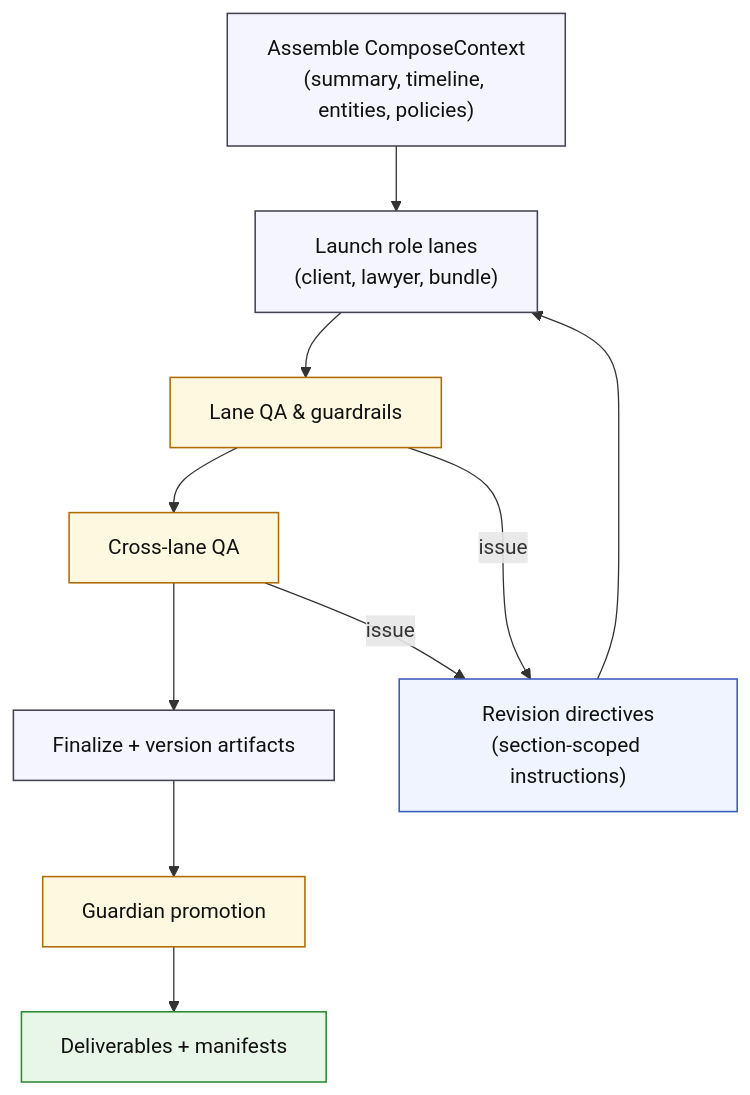
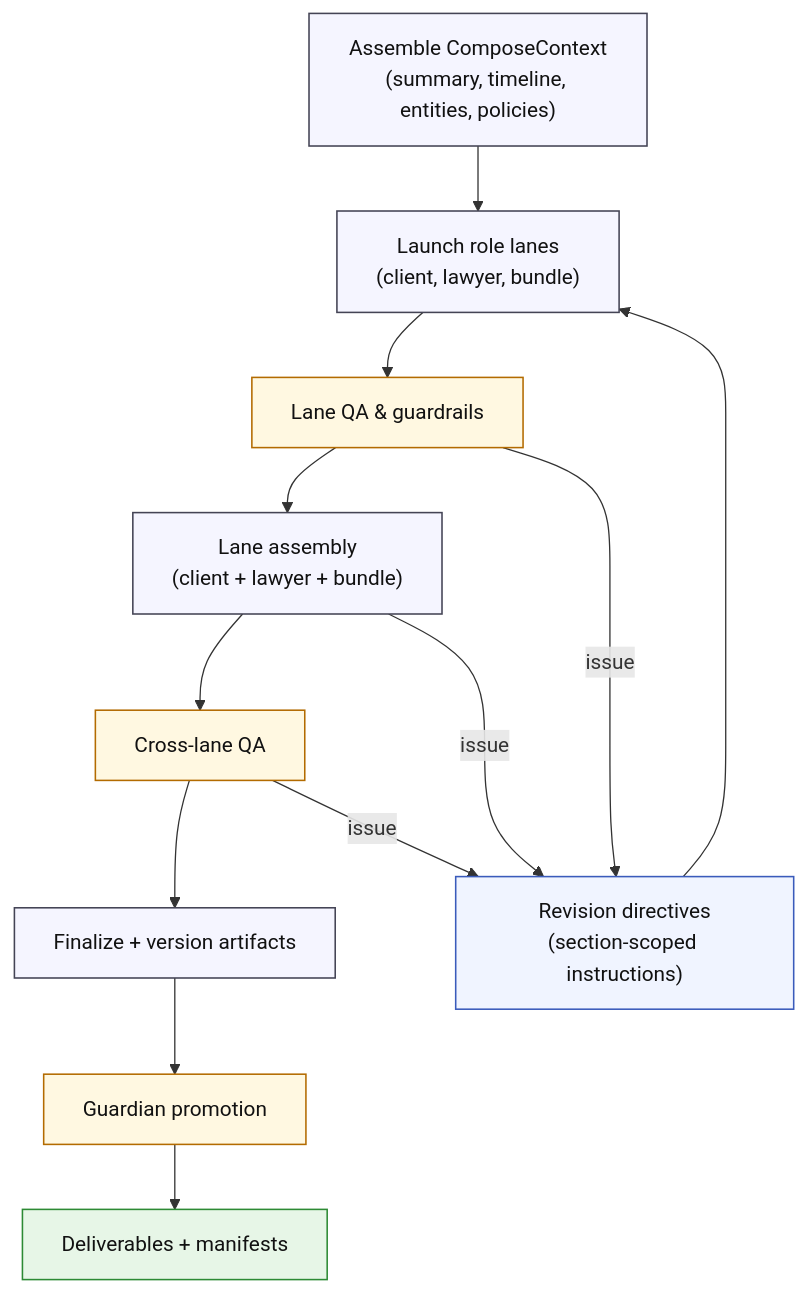
One commit to PantherianCodeX/udocket.com changed the diagram in docs/automation/langgraph-agents/diagrams/compose-overview-v1.mmd. Above: the diagram before and after it, drawn with Mermaid. The commit also changed 145 other files, not shown here.

```diff
--- a/docs/automation/langgraph-agents/diagrams/compose-overview-v1.mmd
+++ b/docs/automation/langgraph-agents/diagrams/compose-overview-v1.mmd
@@ -1,20 +1,22 @@
 %% compose-overview-v1.mmd
 %% High-level Compose pipeline with revision feedback
 flowchart TD
     classDef stage fill:#f5f5ff,stroke:#445,stroke-width:1.2px,color:#111;
     classDef gate fill:#fff8e1,stroke:#b36b00,stroke-width:1.2px,color:#111;
     classDef artifact fill:#e7f6e7,stroke:#2d8a34,stroke-width:1.2px,color:#111;
     classDef directive fill:#f0f4ff,stroke:#3a5bbb,stroke-width:1.2px,color:#111;
 
-    Context["Assemble ComposeContext\n(summary, timeline, entities, policies)"]:::stage
-    RoleLanes["Launch role lanes\n(client, lawyer, bundle)"]:::stage
+    Context["Assemble ComposeContext<br/>(summary, timeline, entities, policies)"]:::stage
+    RoleLanes["Launch role lanes<br/>(client, lawyer, bundle)"]:::stage
     LaneQA["Lane QA & guardrails"]:::gate
+    LaneAssembly["Lane assembly<br/>(client + lawyer + bundle)"]:::stage
     CrossQA["Cross-lane QA"]:::gate
-    Revision["Revision directives\n(section-scoped instructions)"]:::directive
+    Revision["Revision directives<br/>(section-scoped instructions)"]:::directive
     Finalize["Finalize + version artifacts"]:::stage
     Guardian["Guardian promotion"]:::gate
     Deliverables["Deliverables + manifests"]:::artifact
 
-    Context --> RoleLanes --> LaneQA --> CrossQA --> Finalize --> Guardian --> Deliverables
+    Context --> RoleLanes --> LaneQA --> LaneAssembly --> CrossQA --> Finalize --> Guardian --> Deliverables
     LaneQA -->|issue| Revision --> RoleLanes
+    LaneAssembly -->|issue| Revision
     CrossQA -->|issue| Revision
```
